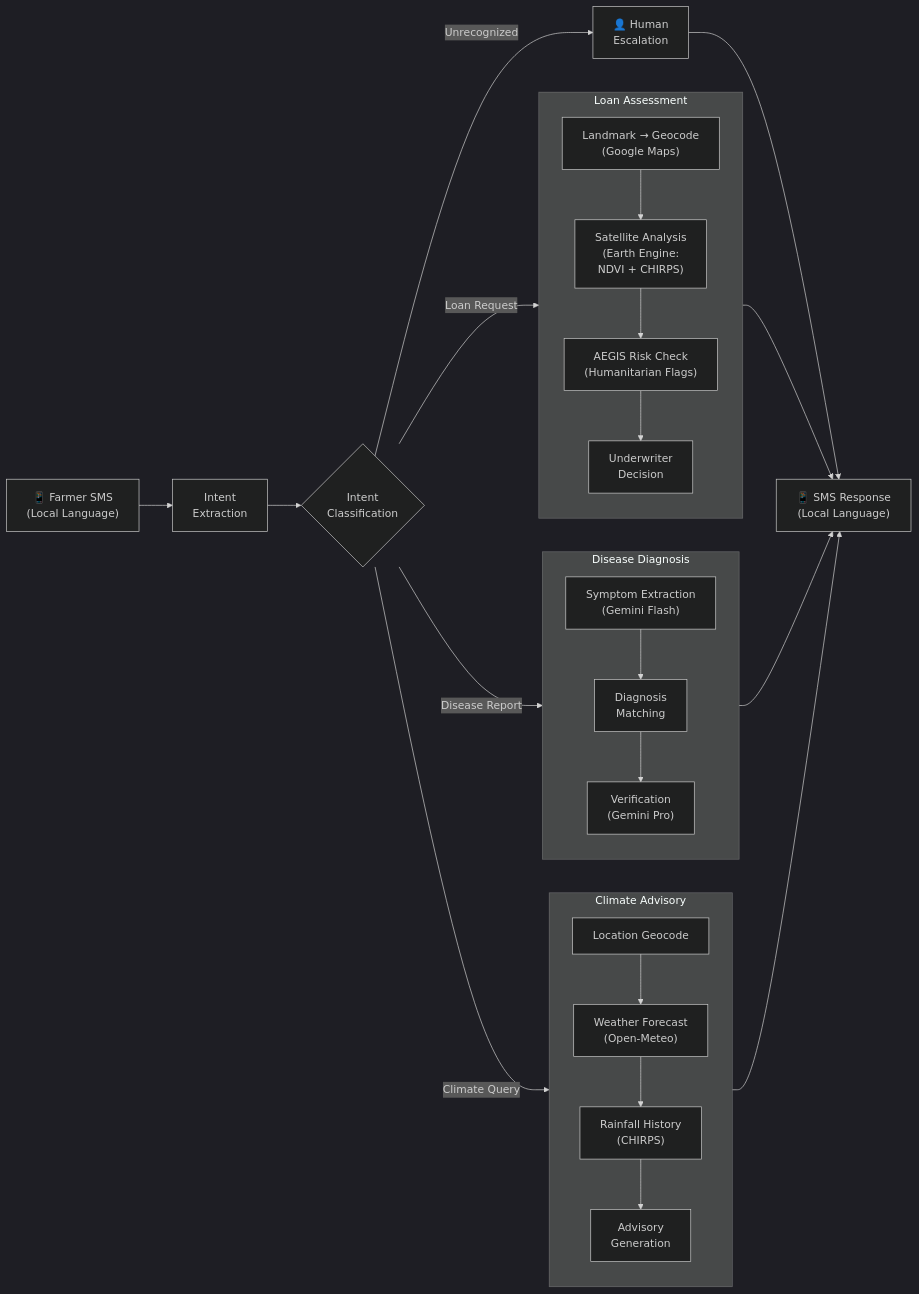
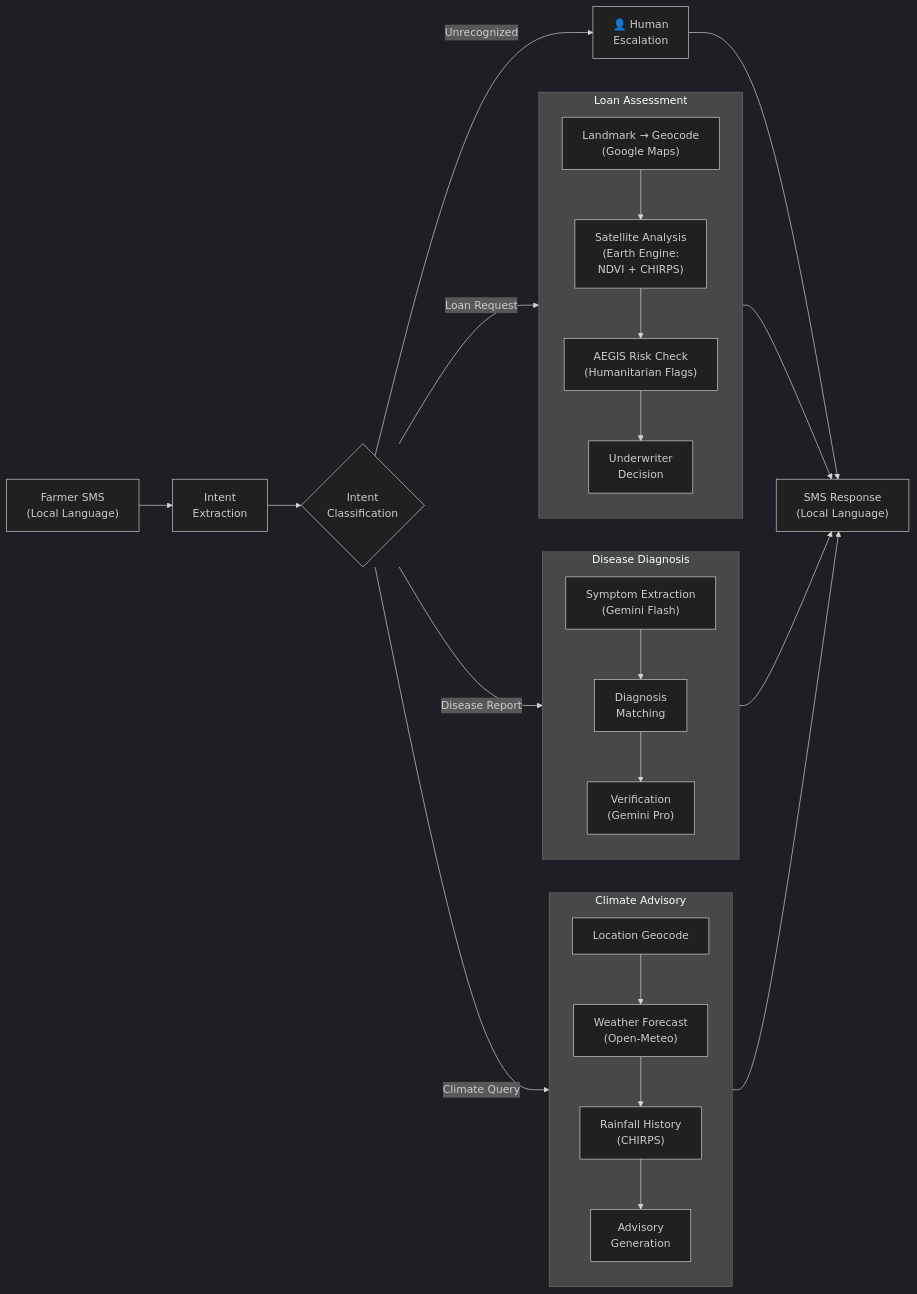
Before and after one commit to Queen-codes/farma: the second of 2 diagrams in README.md, drawn with Mermaid (dark theme). The commit also changed other lines of this file and 2 other files, not shown here.

````diff
--- a/README.md
+++ b/README.md
@@ -142,38 +142,38 @@
 ```mermaid
 flowchart LR
-    SMS["📱 Farmer SMS\n(Local Language)"] --> PARSE["Intent\nExtraction"]
+    SMS["Farmer SMS\n(Local Language)"] --> PARSE["Intent\nExtraction"]
     PARSE --> GATE{"Intent\nClassification"}
 
     GATE -->|Loan Request| LOAN
     GATE -->|Disease Report| DISEASE
     GATE -->|Climate Query| CLIMATE
     GATE -->|Unrecognized| HUMAN["👤 Human\nEscalation"]
 
     subgraph LOAN["Loan Assessment"]
         L1["Landmark → Geocode\n(Google Maps)"]
         L2["Satellite Analysis\n(Earth Engine:\nNDVI + CHIRPS)"]
         L3["AEGIS Risk Check\n(Humanitarian Flags)"]
         L4["Underwriter\nDecision"]
         L1 --> L2 --> L3 --> L4
     end
 
     subgraph DISEASE["Disease Diagnosis"]
         D1["Symptom Extraction\n(Gemini Flash)"]
         D2["Diagnosis\nMatching"]
         D3["Verification\n(Gemini Pro)"]
         D1 --> D2 --> D3
     end
 
     subgraph CLIMATE["Climate Advisory"]
         C1["Location Geocode"]
         C2["Weather Forecast\n(Open-Meteo)"]
         C3["Rainfall History\n(CHIRPS)"]
         C4["Advisory\nGeneration"]
         C1 --> C2 --> C3 --> C4
     end
 
-    LOAN --> RESP["📱 SMS Response\n(Local Language)"]
+    LOAN --> RESP["SMS Response\n(Local Language)"]
     DISEASE --> RESP
     CLIMATE --> RESP
     HUMAN --> RESP
 ```
````
